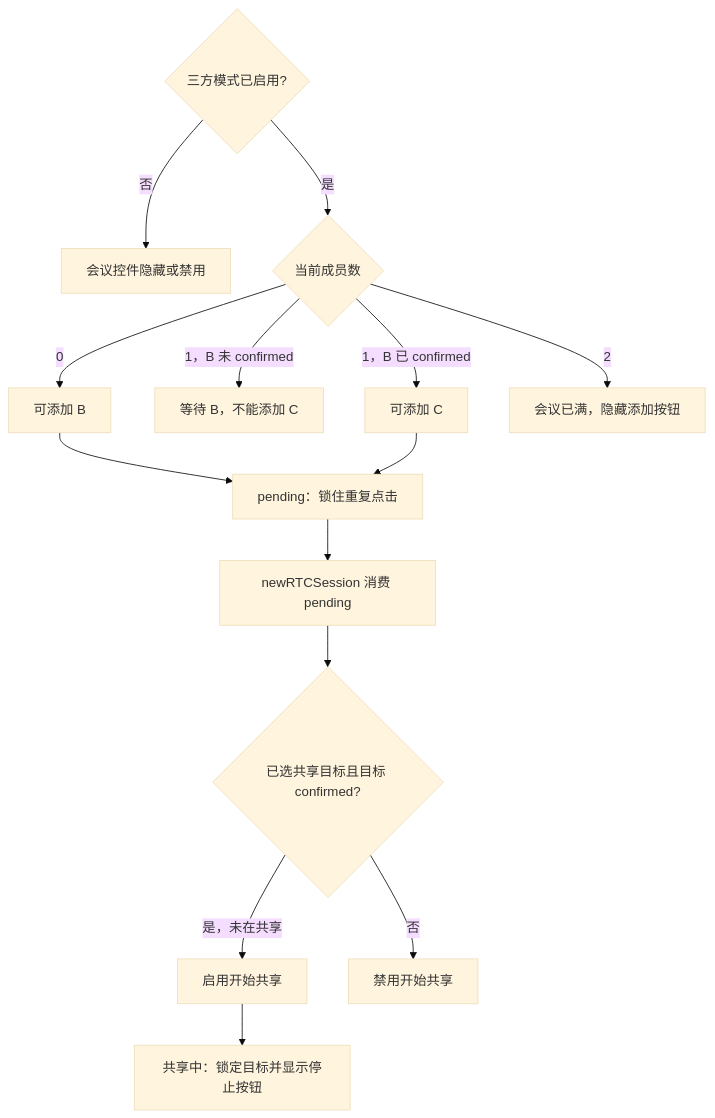
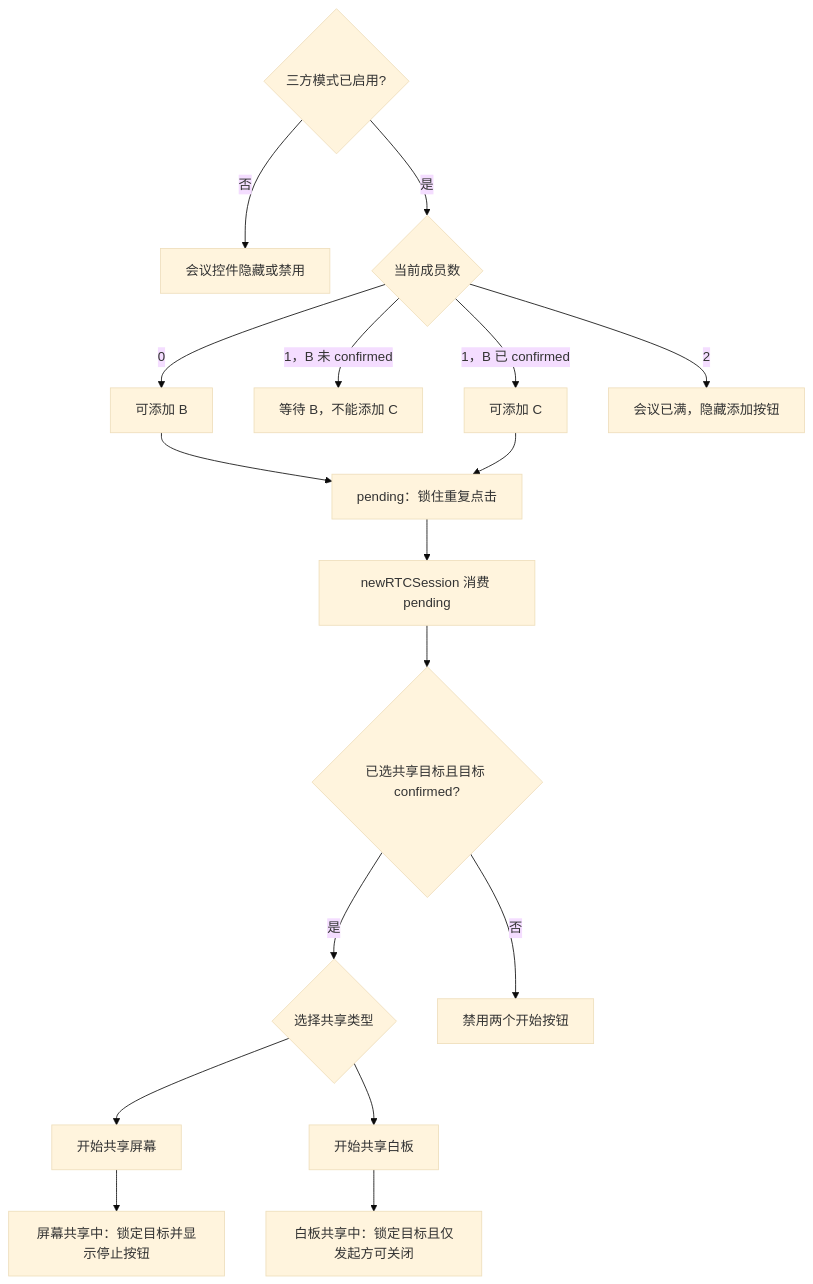
Diagram 12 of 20 in docs/app-conference-guide.md (lei40251/JsSIP), drawn with Mermaid (base theme) before and after one commit. The commit also changed other lines of this file and 31 other files, not shown here.

````diff
--- a/docs/app-conference-guide.md
+++ b/docs/app-conference-guide.md
@@ -779,18 +892,21 @@
 ```mermaid
 flowchart TB
   MODE{"三方模式已启用?"} -->|"否"| DISABLED["会议控件隐藏或禁用"]
   MODE -->|"是"| MEMBER{"当前成员数"}
   MEMBER -->|"0"| ADD_B["可添加 B"]
   MEMBER -->|"1，B 未 confirmed"| WAIT_B["等待 B，不能添加 C"]
   MEMBER -->|"1，B 已 confirmed"| ADD_C["可添加 C"]
   MEMBER -->|"2"| FULL["会议已满，隐藏添加按钮"]
 
   ADD_B --> PENDING["pending：锁住重复点击"]
   ADD_C --> PENDING
   PENDING --> SESSION["newRTCSession 消费 pending"]
 
   SESSION --> TARGET{"已选共享目标且目标 confirmed?"}
-  TARGET -->|"是，未在共享"| START["启用开始共享"]
-  TARGET -->|"否"| NO_START["禁用开始共享"]
-  START --> ACTIVE["共享中：锁定目标并显示停止按钮"]
+  TARGET -->|"是"| TYPE{"选择共享类型"}
+  TARGET -->|"否"| NO_START["禁用两个开始按钮"]
+  TYPE --> SCREEN["开始共享屏幕"]
+  TYPE --> BOARD["开始共享白板"]
+  SCREEN --> ACTIVE["屏幕共享中：锁定目标并显示停止按钮"]
+  BOARD --> BOARD_ACTIVE["白板共享中：锁定目标且仅发起方可关闭"]
 ```
````
